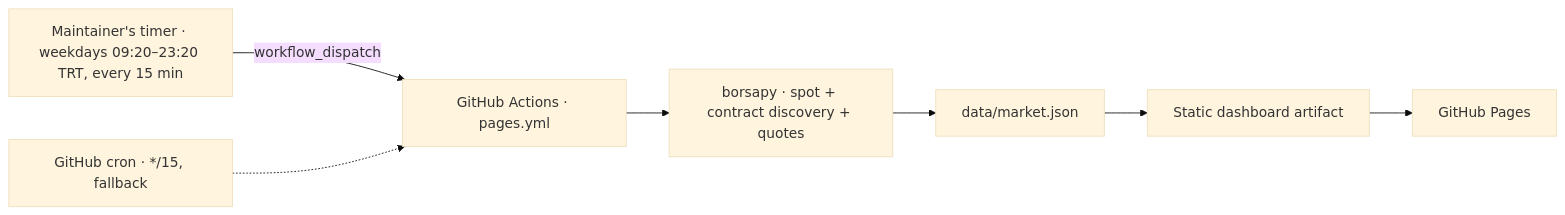
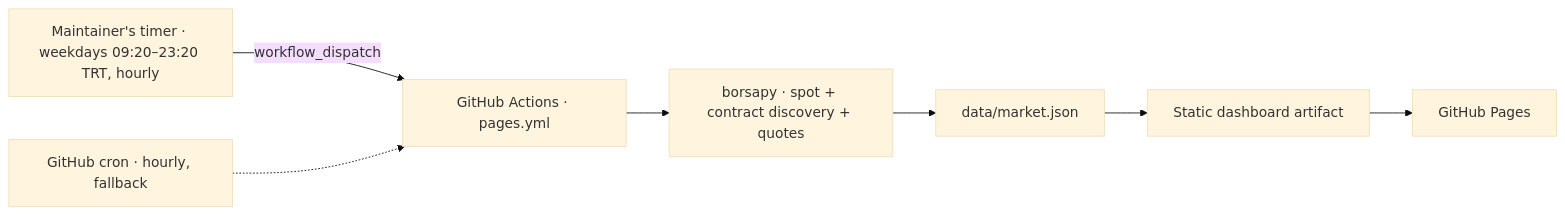
Before and after one commit to omertekin2002/futuresyield: the diagram in README.md, drawn with Mermaid (base theme). The commit also changed other lines of this file and 6 other files, not shown here.

First line of the commit message:
feat: refresh the dashboard hourly instead of every 15 minutes

````diff
--- a/README.md
+++ b/README.md
@@ -33,9 +33,9 @@
 ```mermaid
 flowchart LR
-  T["Maintainer's timer · weekdays 09:20–23:20 TRT, every 15 min"] -->|workflow_dispatch| A["GitHub Actions · pages.yml"]
-  F["GitHub cron · */15, fallback"] -.-> A
+  T["Maintainer's timer · weekdays 09:20–23:20 TRT, hourly"] -->|workflow_dispatch| A["GitHub Actions · pages.yml"]
+  F["GitHub cron · hourly, fallback"] -.-> A
   A --> B["borsapy · spot + contract discovery + quotes"]
   B --> C["data/market.json"]
   C --> D["Static dashboard artifact"]
   D --> E["GitHub Pages"]
 ```
````
